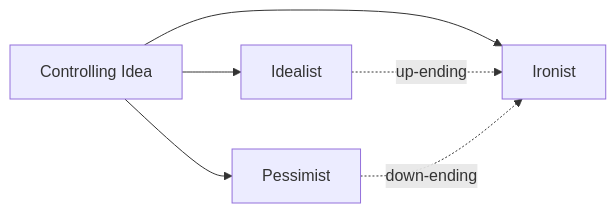
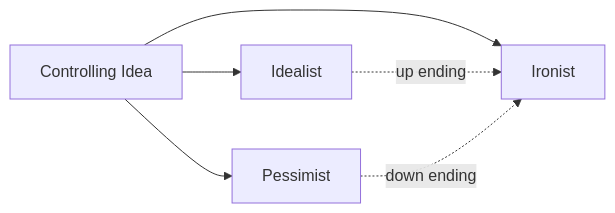
Before and after one commit to Quentinbest/LLM-Wiki-Story: the diagram in wiki/en/comparisons/idealist-vs-pessimist-vs-ironist.md, drawn with Mermaid. The commit also changed other lines of this file and 37 other files, not shown here.

````diff
--- a/wiki/en/comparisons/idealist-vs-pessimist-vs-ironist.md
+++ b/wiki/en/comparisons/idealist-vs-pessimist-vs-ironist.md
@@ -21,12 +25,12 @@
 ```mermaid
 flowchart LR
   ci[Controlling Idea]
   i[Idealist]
   p[Pessimist]
   ir[Ironist]
   ci --> i
   ci --> p
   ci --> ir
-  i -.up-ending.-> ir
-  p -.down-ending.-> ir
+  i -.up ending.-> ir
+  p -.down ending.-> ir
 ```
````
